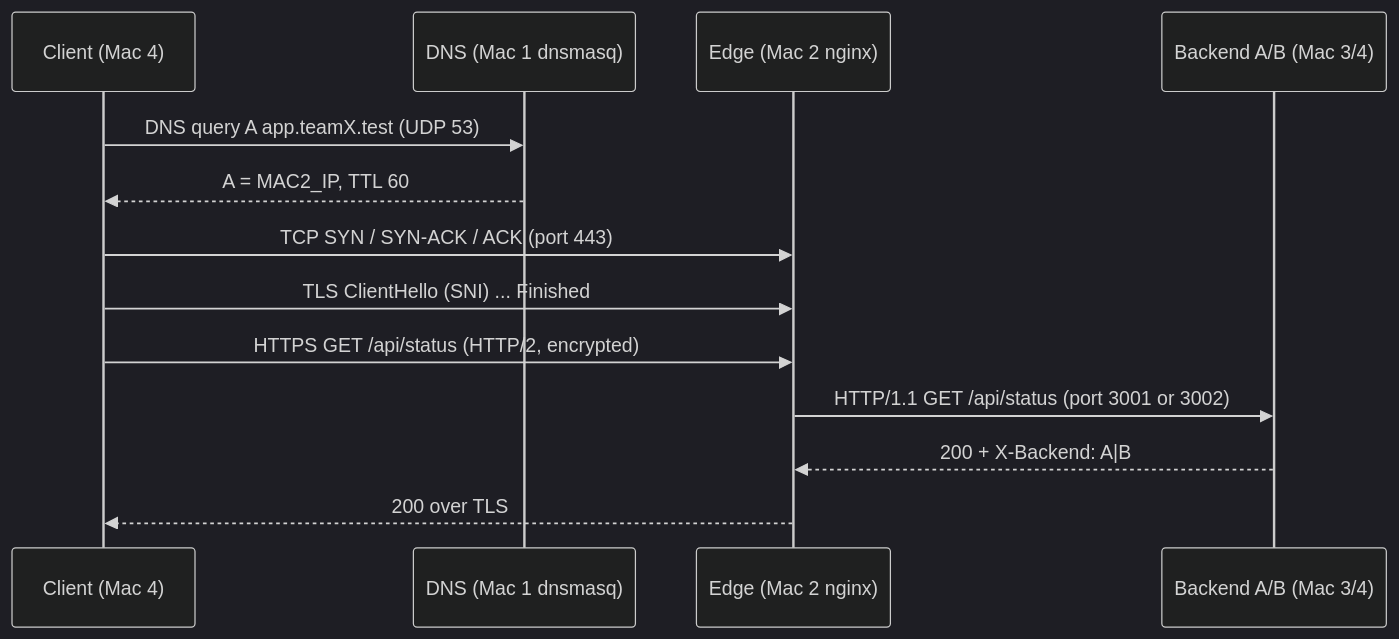
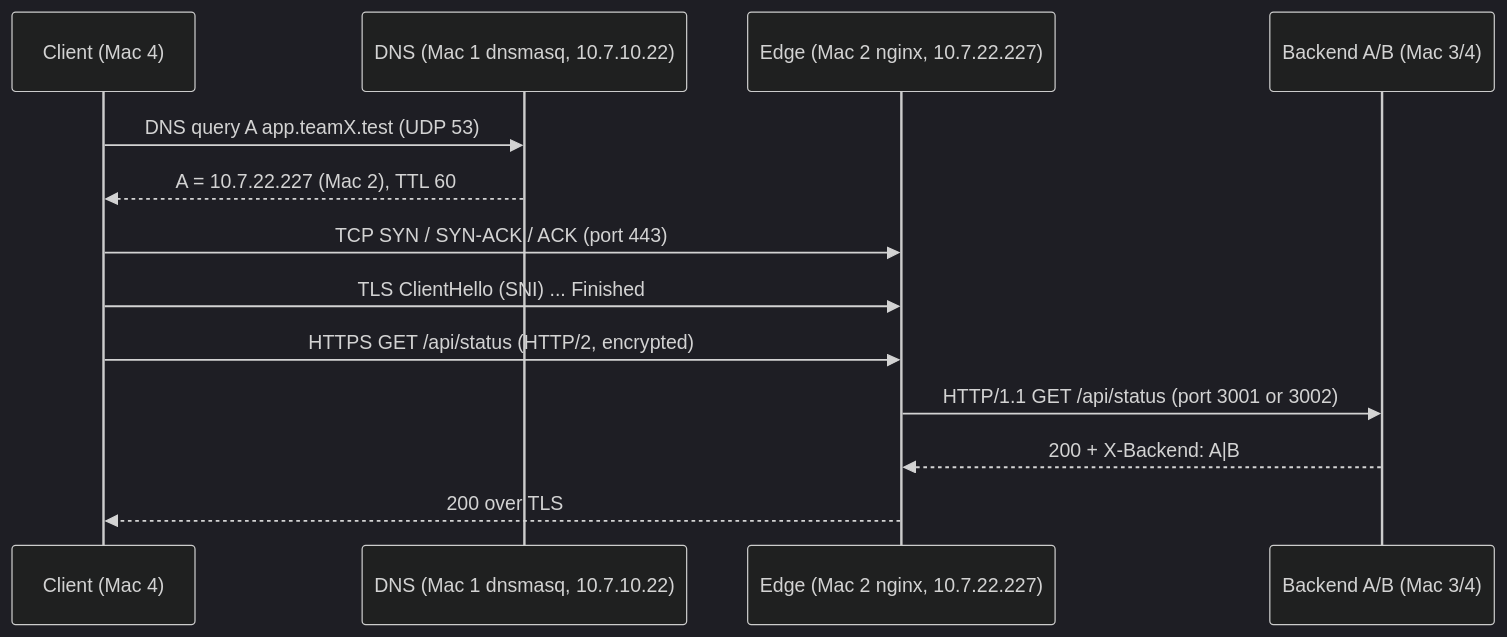
One commit to HusainNST/CN changed the diagram in 01_architecture/request_flow.mmd. Above: the diagram before and after it, drawn with Mermaid (dark theme). The commit also changed 22 other files, not shown here.

First line of the commit message:
docs(phase1): move edge, IP table and diagrams to Rishihood Learners LAN

```diff
--- a/01_architecture/request_flow.mmd
+++ b/01_architecture/request_flow.mmd
@@ -1,13 +1,13 @@
 sequenceDiagram
   participant C as Client (Mac 4)
-  participant D as DNS (Mac 1 dnsmasq)
-  participant E as Edge (Mac 2 nginx)
+  participant D as DNS (Mac 1 dnsmasq, 10.7.10.22)
+  participant E as Edge (Mac 2 nginx, 10.7.22.227)
   participant B as Backend A/B (Mac 3/4)
   C->>D: DNS query A app.teamX.test (UDP 53)
-  D-->>C: A = MAC2_IP, TTL 60
+  D-->>C: A = 10.7.22.227 (Mac 2), TTL 60
   C->>E: TCP SYN / SYN-ACK / ACK (port 443)
   C->>E: TLS ClientHello (SNI) ... Finished
   C->>E: HTTPS GET /api/status (HTTP/2, encrypted)
   E->>B: HTTP/1.1 GET /api/status (port 3001 or 3002)
   B-->>E: 200 + X-Backend: A|B
   E-->>C: 200 over TLS
```
